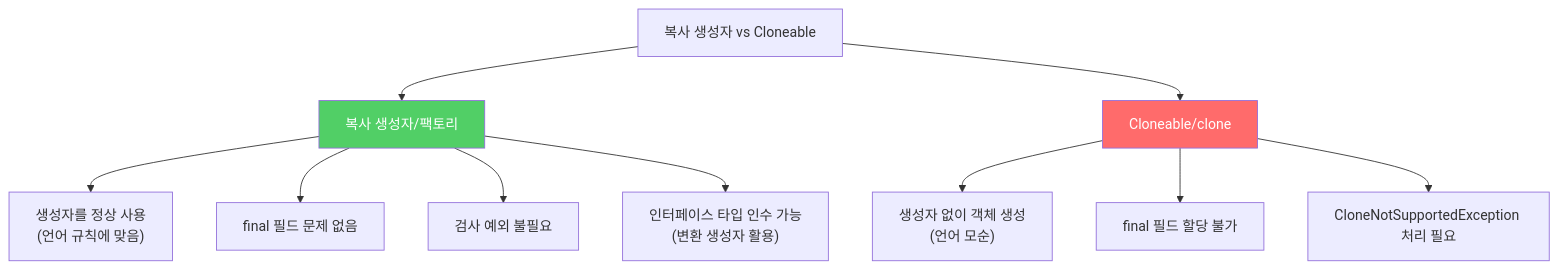
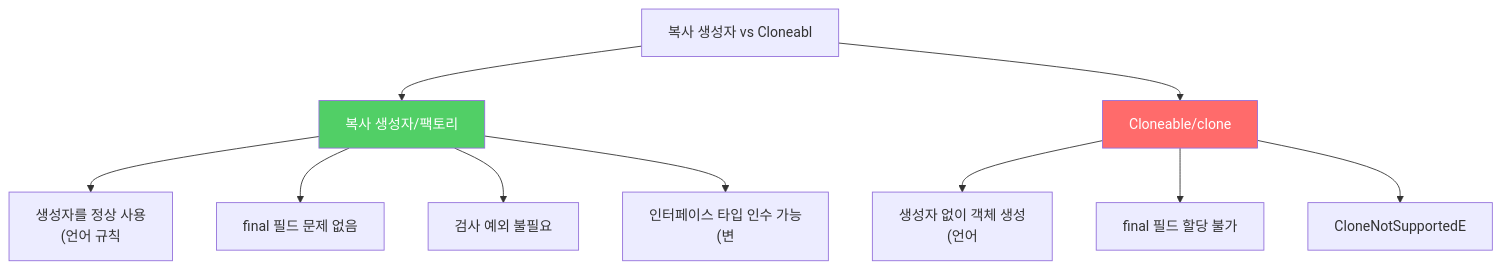
Before and after one commit to yjkim2015/yjkim2015.github.io: the third of 4 diagrams in _posts/java/2021-12-27-effective-java13.md, drawn with Mermaid. The commit also changed other lines of this file and 271 other files, not shown here.

First line of the commit message:
Mermaid 라벨 축소: 긴 노드 텍스트 18자 이하로 트림 + \n 제거

````diff
--- a/_posts/java/2021-12-27-effective-java13.md
+++ b/_posts/java/2021-12-27-effective-java13.md
@@ -188,14 +188,14 @@
 ```mermaid
 graph TD
-    A["복사 생성자 vs Cloneable"] --> B["복사 생성자/팩토리"]
+    A["복사 생성자 vs Cloneabl"] --> B["복사 생성자/팩토리"]
     A --> C["Cloneable/clone"]
-    B --> B1["생성자를 정상 사용\n(언어 규칙에 맞음)"]
+    B --> B1["생성자를 정상 사용\n(언어 규칙"]
     B --> B2["final 필드 문제 없음"]
     B --> B3["검사 예외 불필요"]
-    B --> B4["인터페이스 타입 인수 가능\n(변환 생성자 활용)"]
-    C --> C1["생성자 없이 객체 생성\n(언어 모순)"]
+    B --> B4["인터페이스 타입 인수 가능\n(변"]
+    C --> C1["생성자 없이 객체 생성\n(언어"]
     C --> C2["final 필드 할당 불가"]
-    C --> C3["CloneNotSupportedException 처리 필요"]
+    C --> C3["CloneNotSupportedE"]
     style B fill:#51cf66,color:#fff
     style C fill:#ff6b6b,color:#fff
 ```
````
